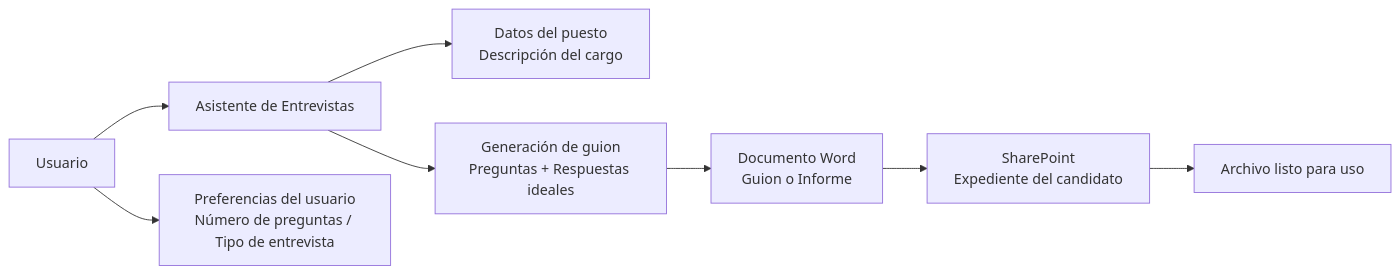
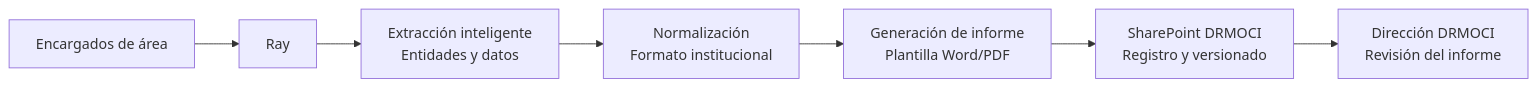
Before and after one commit to lab-innovacion-caf/Agentes: the first of 2 diagrams in README.md, drawn with Mermaid. The commit also changed other lines of this file, not shown here.

Commit message:
Nuevo Readme del Agente Ray

````diff
--- a/README.md
+++ b/README.md
@@ -132,10 +150,9 @@
 ```mermaid
 flowchart LR
-    U[Usuario] --> A[Asistente de Entrevistas]
-    A --> D[Datos del puesto<br>Descripción del cargo]
-    U --> P[Preferencias del usuario<br>Número de preguntas / Tipo de entrevista]
-    A --> G[Generación de guion<br>Preguntas + Respuestas ideales]
-    G --> W[Documento Word<br>Guion o Informe]
-    W --> SP[SharePoint<br>Expediente del candidato]
-    SP --> U2[Archivo listo para uso]
+    U[Encargados de área] --> R[Ray]
+    R --> E[Extracción inteligente<br>Entidades y datos]
+    E --> N[Normalización<br>Formato institucional]
+    N --> W[Generación de informe<br>Plantilla Word/PDF]
+    W --> SP[SharePoint DRMOCI<br>Registro y versionado]
+    SP --> D[Dirección DRMOCI<br>Revisión del informe]
 ```
````
